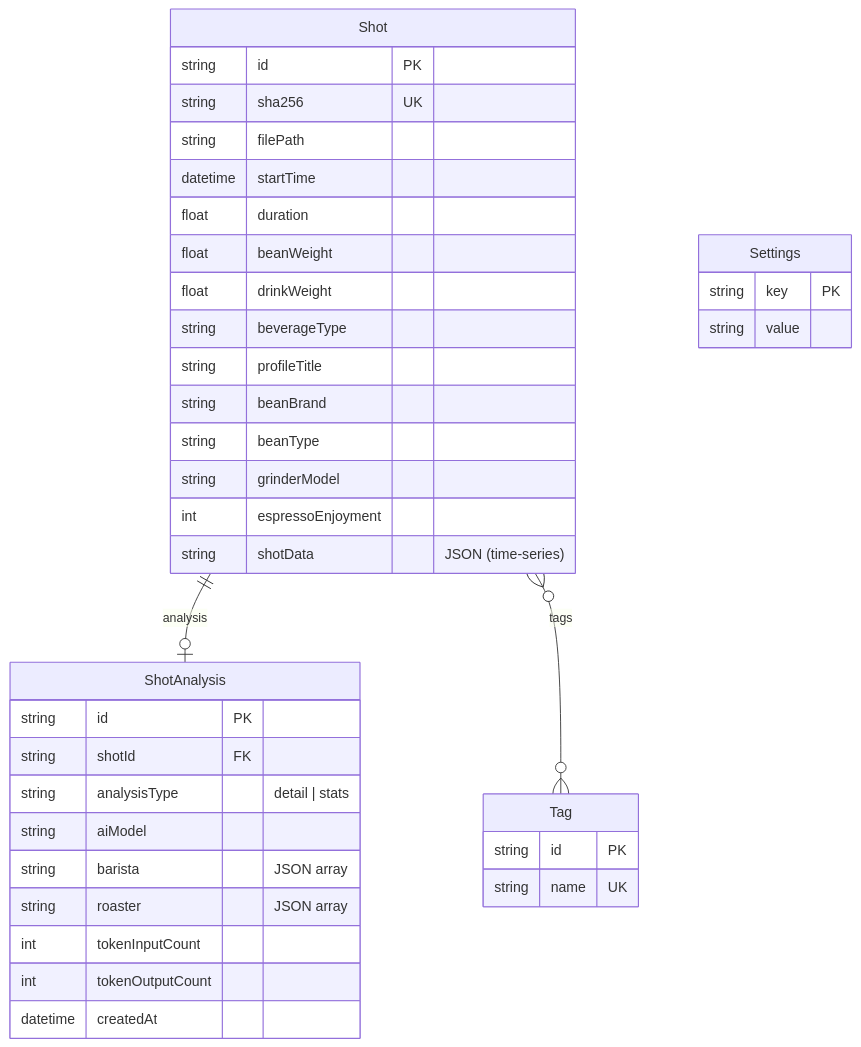
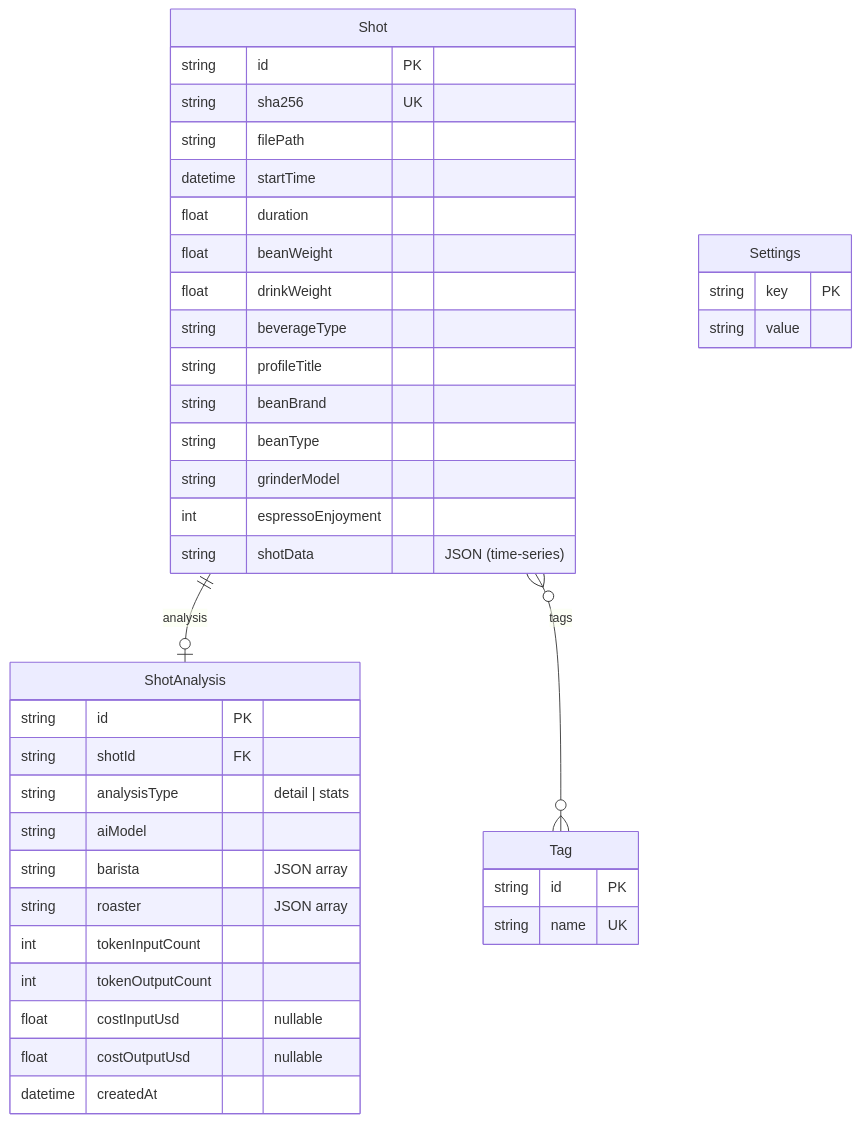
One commit to TomSchmidtDev/visualizer-lite changed the fourth of 4 diagrams in README.md. Above: the diagram before and after it, drawn with Mermaid. The commit also changed other lines of this file and 4 other files, not shown here.

````diff
--- a/README.md
+++ b/README.md
@@ -370,40 +370,42 @@
 ```mermaid
 erDiagram
     Shot {
         string  id           PK
         string  sha256       UK
         string  filePath
         datetime startTime
         float   duration
         float   beanWeight
         float   drinkWeight
         string  beverageType
         string  profileTitle
         string  beanBrand
         string  beanType
         string  grinderModel
         int     espressoEnjoyment
         string  shotData     "JSON (time-series)"
     }
     ShotAnalysis {
         string   id              PK
         string   shotId          FK
         string   analysisType    "detail | stats"
         string   aiModel
         string   barista         "JSON array"
         string   roaster         "JSON array"
         int      tokenInputCount
         int      tokenOutputCount
+        float    costInputUsd    "nullable"
+        float    costOutputUsd   "nullable"
         datetime createdAt
     }
     Tag {
         string id   PK
         string name UK
     }
     Settings {
         string key   PK
         string value
     }
     Shot ||--o| ShotAnalysis : "analysis"
     Shot }o--o{ Tag : "tags"
 ```
````
